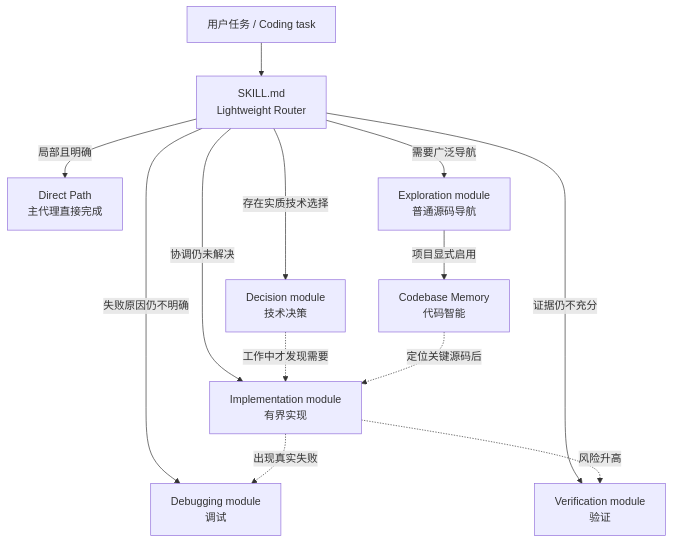
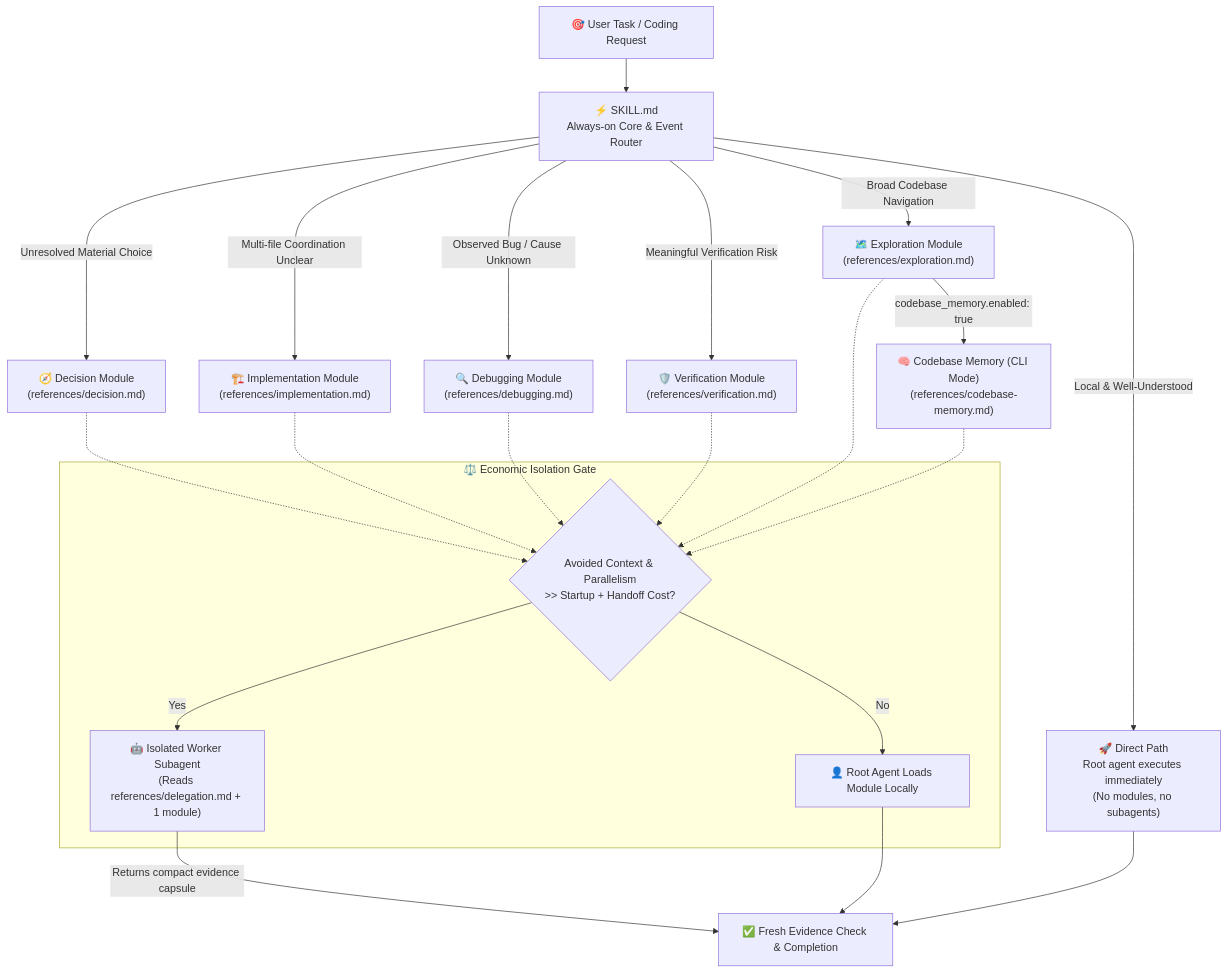
Before and after one commit to Hubujiu/practical-coding: the diagram in README.md, drawn with Mermaid. The commit also changed other lines of this file and 1 other file, not shown here.

````diff
--- a/README.md
+++ b/README.md
@@ -31,17 +103,30 @@
 ```mermaid
 flowchart TB
-    T["用户任务 / Coding task"] --> R["SKILL.md<br/>Lightweight Router"]
+    Task["🎯 User Task / Coding Request"] --> Core["⚡ SKILL.md<br/>Always-on Core & Event Router"]
 
-    R -->|"局部且明确"| X["Direct Path<br/>主代理直接完成"]
-    R -->|"存在实质技术选择"| D["Decision module<br/>技术决策"]
-    R -->|"协调仍未解决"| I["Implementation module<br/>有界实现"]
-    R -->|"失败原因仍不明确"| G["Debugging module<br/>调试"]
-    R -->|"证据仍不充分"| V["Verification module<br/>验证"]
-    R -->|"需要广泛导航"| E["Exploration module<br/>普通源码导航"]
-    E -->|"项目显式启用"| M["Codebase Memory<br/>代码智能"]
+    Core -->|"Local & Well-Understood"| Direct["🚀 Direct Path<br/>Root agent executes immediately<br/>(No modules, no subagents)"]
+    
+    Core -->|"Unresolved Material Choice"| D["🧭 Decision Module<br/>(references/decision.md)"]
+    Core -->|"Multi-file Coordination Unclear"| I["🏗️ Implementation Module<br/>(references/implementation.md)"]
+    Core -->|"Observed Bug / Cause Unknown"| G["🔍 Debugging Module<br/>(references/debugging.md)"]
+    Core -->|"Meaningful Verification Risk"| V["🛡️ Verification Module<br/>(references/verification.md)"]
+    Core -->|"Broad Codebase Navigation"| E["🗺️ Exploration Module<br/>(references/exploration.md)"]
+    E -->|"codebase_memory.enabled: true"| M["🧠 Codebase Memory (CLI Mode)<br/>(references/codebase-memory.md)"]
 
-    D -. "工作中才发现需要" .-> I
-    I -. "出现真实失败" .-> G
-    I -. "风险升高" .-> V
-    M -. "定位关键源码后" .-> I
+    subgraph IsolationGate["⚖️ Economic Isolation Gate"]
+        IG{"Avoided Context & Parallelism<br/>>> Startup + Handoff Cost?"}
+        IG -->|"Yes"| Worker["🤖 Isolated Worker Subagent<br/>(Reads references/delegation.md + 1 module)"]
+        IG -->|"No"| RootExec["👤 Root Agent Loads Module Locally"]
+    end
+
+    D -.-> IG
+    I -.-> IG
+    G -.-> IG
+    V -.-> IG
+    E -.-> IG
+    M -.-> IG
+
+    Worker -->|"Returns compact evidence capsule"| Done["✅ Fresh Evidence Check & Completion"]
+    RootExec --> Done
+    Direct --> Done
 ```
````
